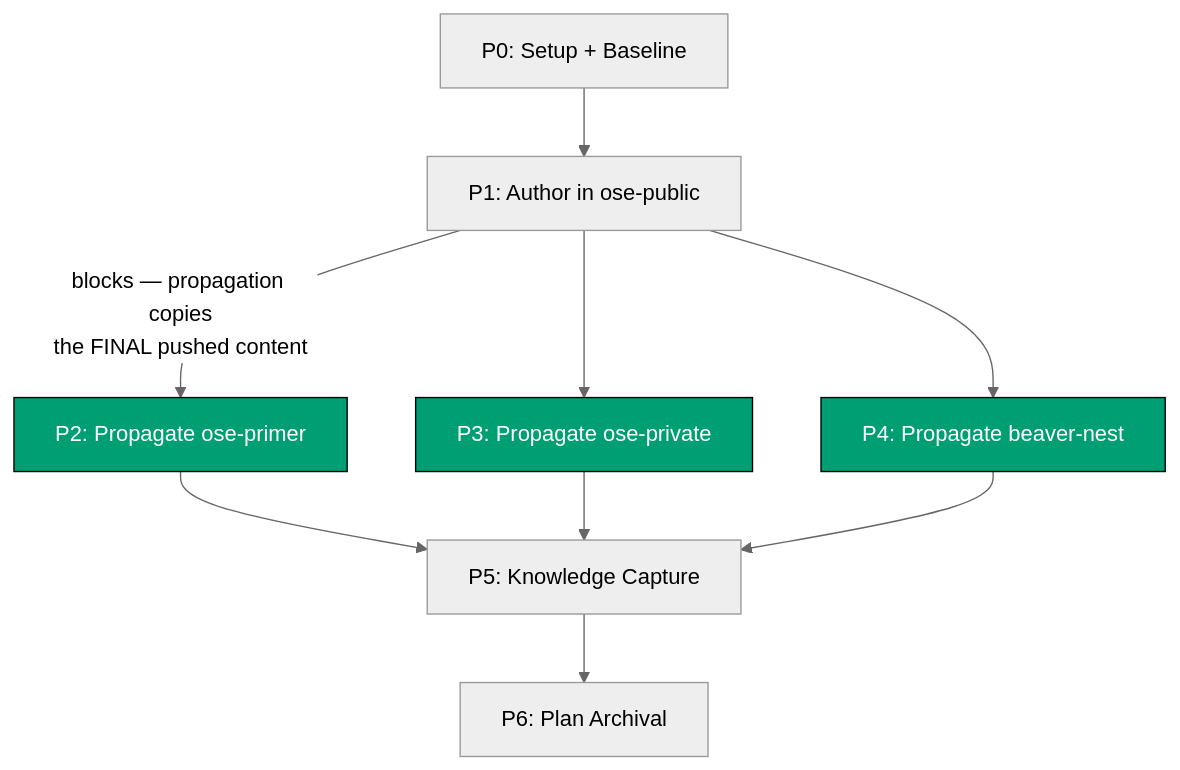
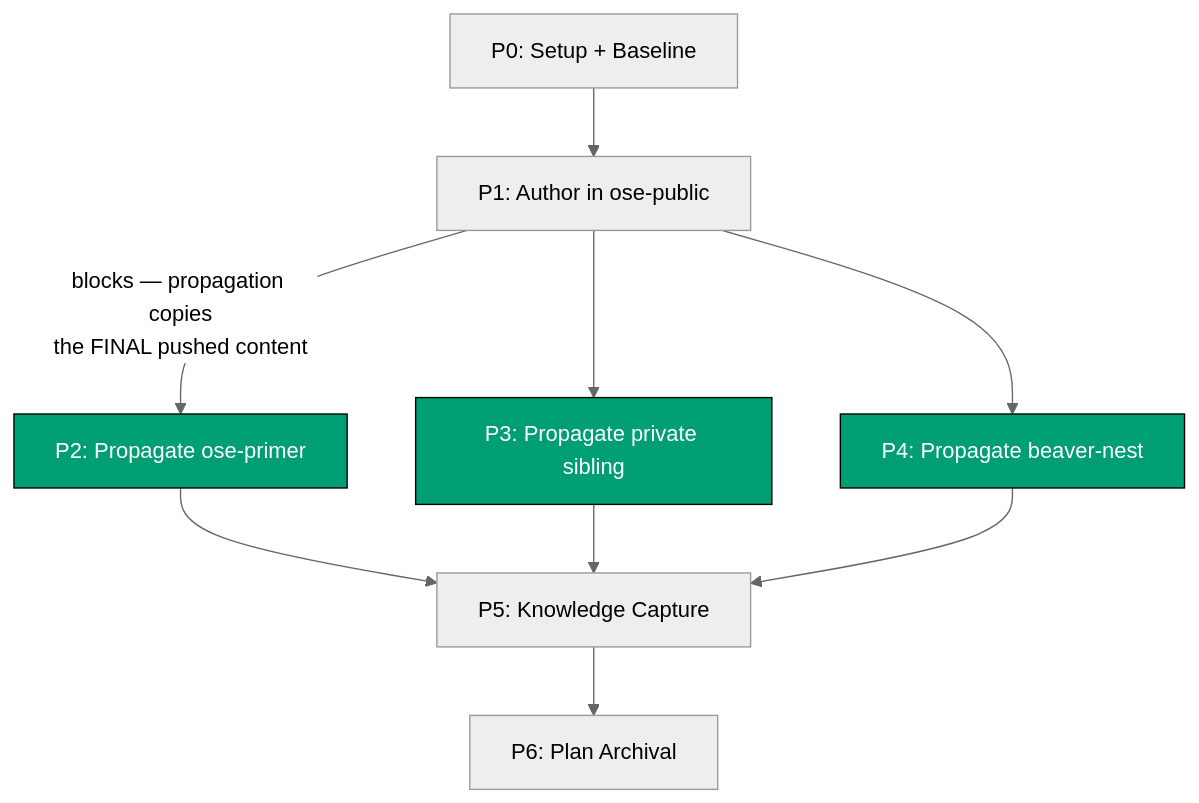
Before and after one commit to wahidyankf/ose-public: the second of 4 diagrams in plans/done/2026-08-05__plan-ideas-grooming-workflow/tech-docs.md, drawn with Mermaid (neutral theme). The commit also changed other lines of this file and 325 other files, not shown here.

First line of the commit message:
docs(repo): name the private sibling by role, not by repository

````diff
--- a/plans/done/2026-08-05__plan-ideas-grooming-workflow/tech-docs.md
+++ b/plans/done/2026-08-05__plan-ideas-grooming-workflow/tech-docs.md
@@ -48,14 +48,14 @@
 ```mermaid
 flowchart TD
     P0["P0: Setup + Baseline"] --> P1["P1: Author in ose-public"]
     P1 -->|"blocks — propagation copies<br/>the FINAL pushed content"| P2["P2: Propagate ose-primer"]
-    P1 --> P3["P3: Propagate ose-private"]
+    P1 --> P3["P3: Propagate private sibling"]
     P1 --> P4["P4: Propagate beaver-nest"]
     P2 --> P5["P5: Knowledge Capture"]
     P3 --> P5
     P4 --> P5
     P5 --> P6["P6: Plan Archival"]
 
     classDef indep fill:#009E73,stroke:#000,color:#fff
     class P2,P3,P4 indep
 ```
````
